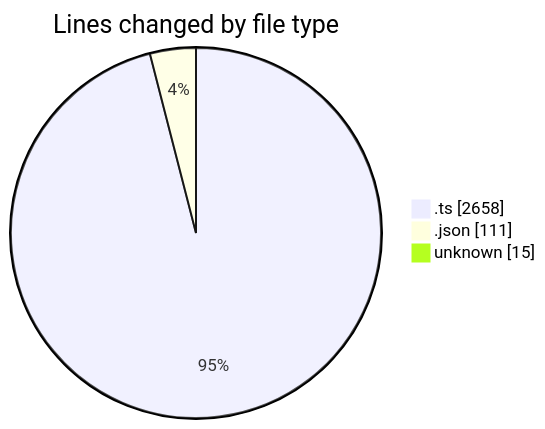
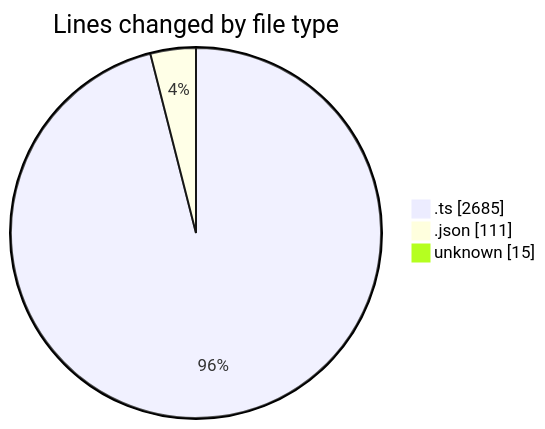
One commit to lephambinh05/code-tracking changed the first of 2 diagrams in 2025-09-13/hiai-phf/README.md. Above: the diagram before and after it, drawn with Mermaid. The commit also changed other lines of this file and 1 other file, not shown here.

````diff
--- a/2025-09-13/hiai-phf/README.md
+++ b/2025-09-13/hiai-phf/README.md
@@ -32,7 +32,7 @@
 ```mermaid
 pie showData
 title Lines changed by file type
-".ts" : 2658
+".ts" : 2685
 ".json" : 111
 "unknown" : 15
 ```
````
